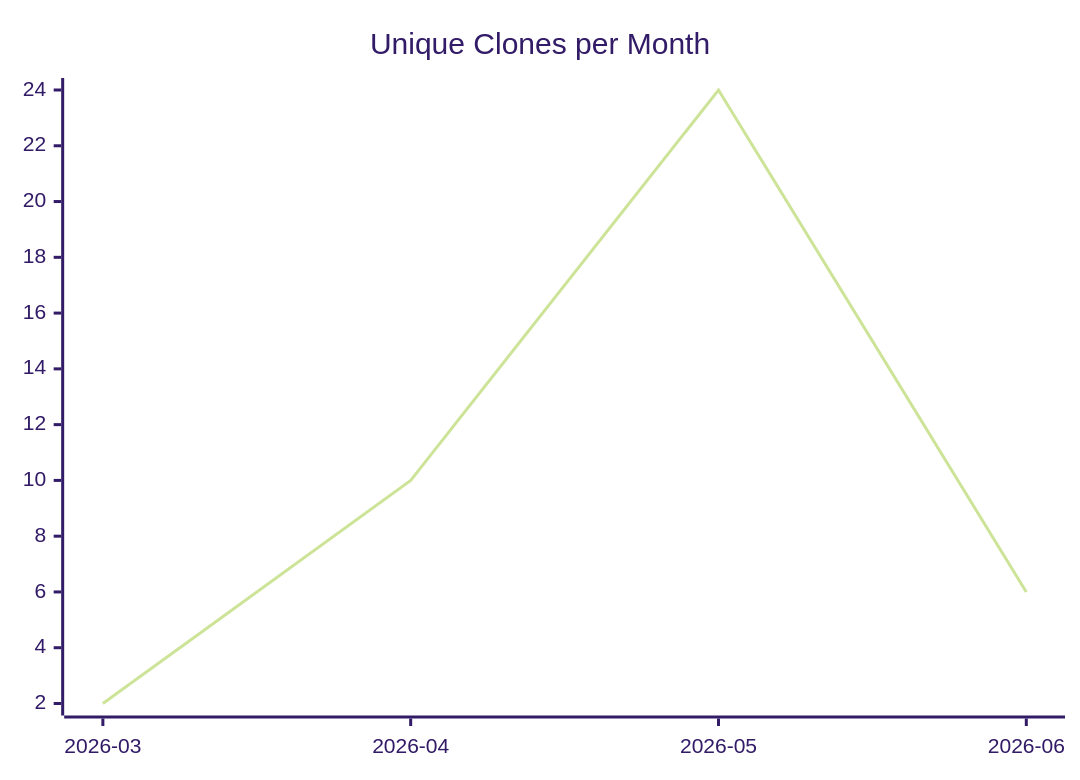
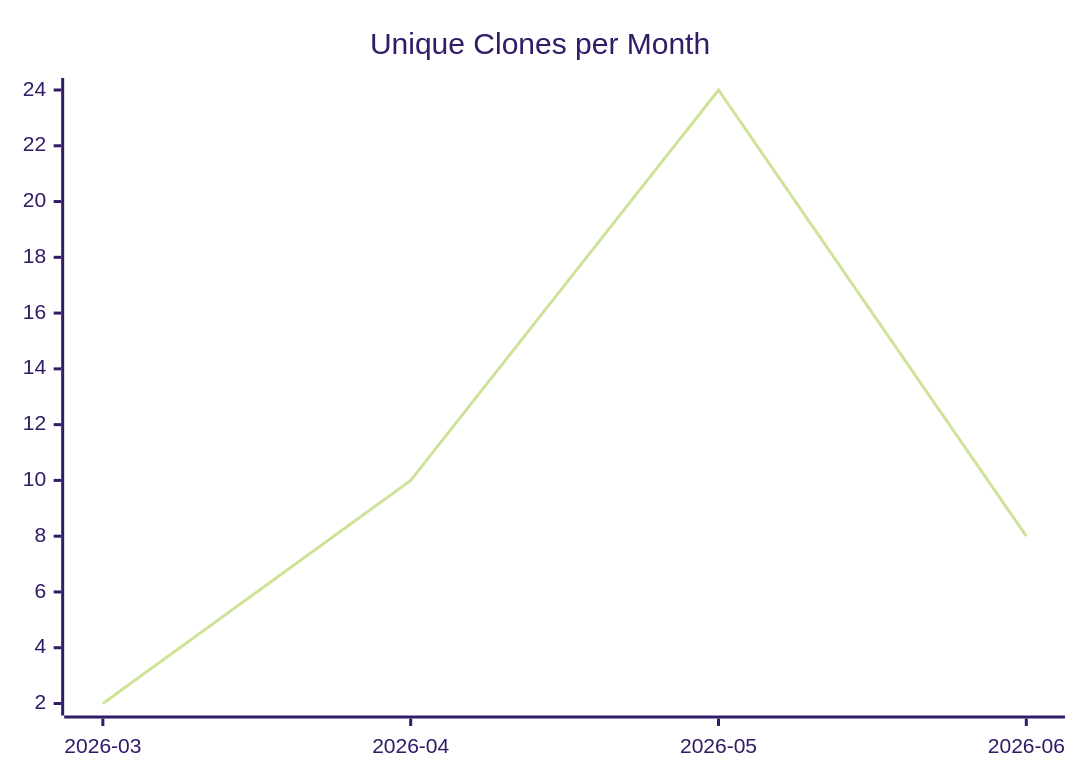
The third of 3 diagrams in karlmdavis/xmlpull/README.md (justdavis-family/github-analytics-data), drawn with Mermaid (forest theme) before and after one commit. The commit also changed other lines of this file and 200 other files, not shown here.

````diff
--- a/karlmdavis/xmlpull/README.md
+++ b/karlmdavis/xmlpull/README.md
@@ -19,6 +19,6 @@
 ```mermaid
 xychart-beta
   title "Unique Clones per Month"
   x-axis ["2026-03", "2026-04", "2026-05", "2026-06"]
-  line [2, 10, 24, 6]
+  line [2, 10, 24, 8]
 ```
````
